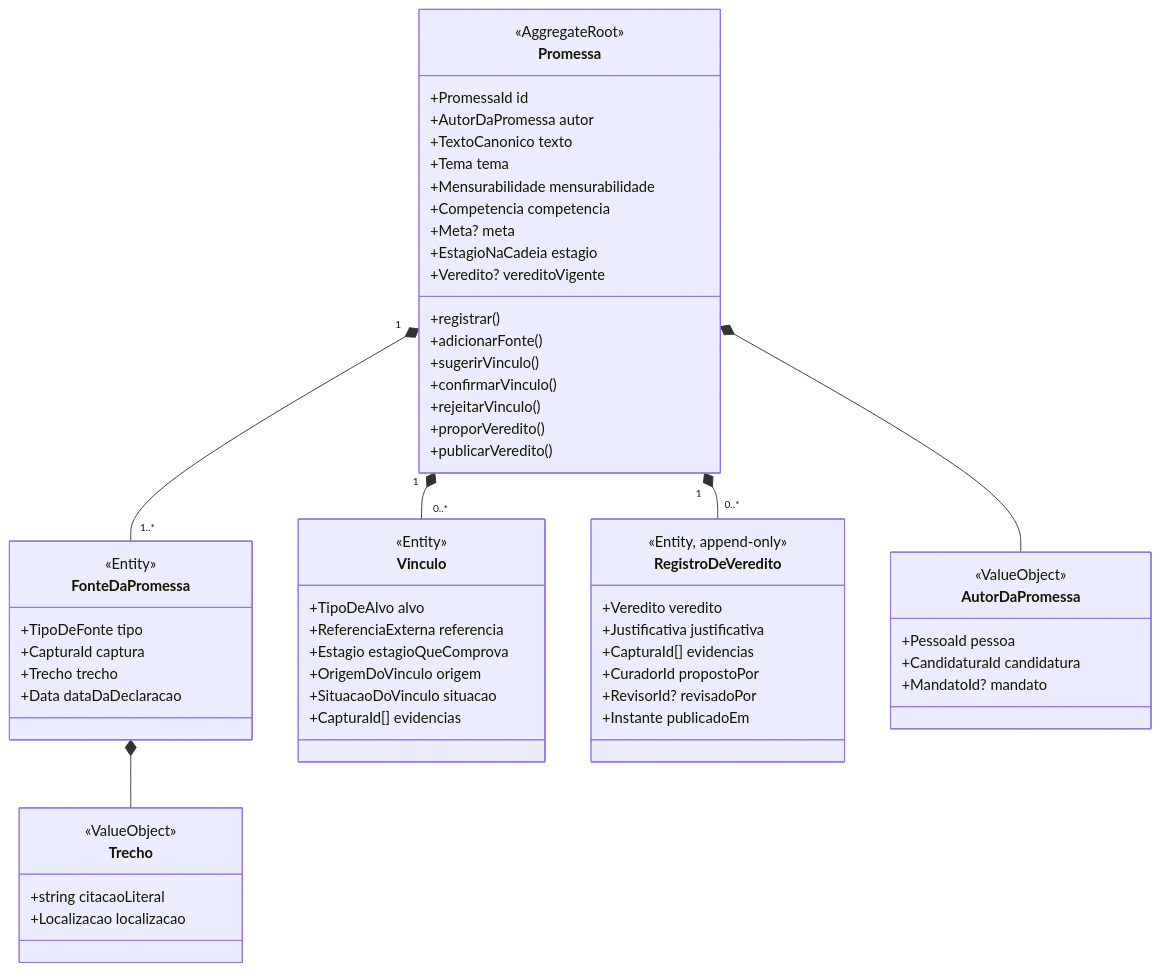
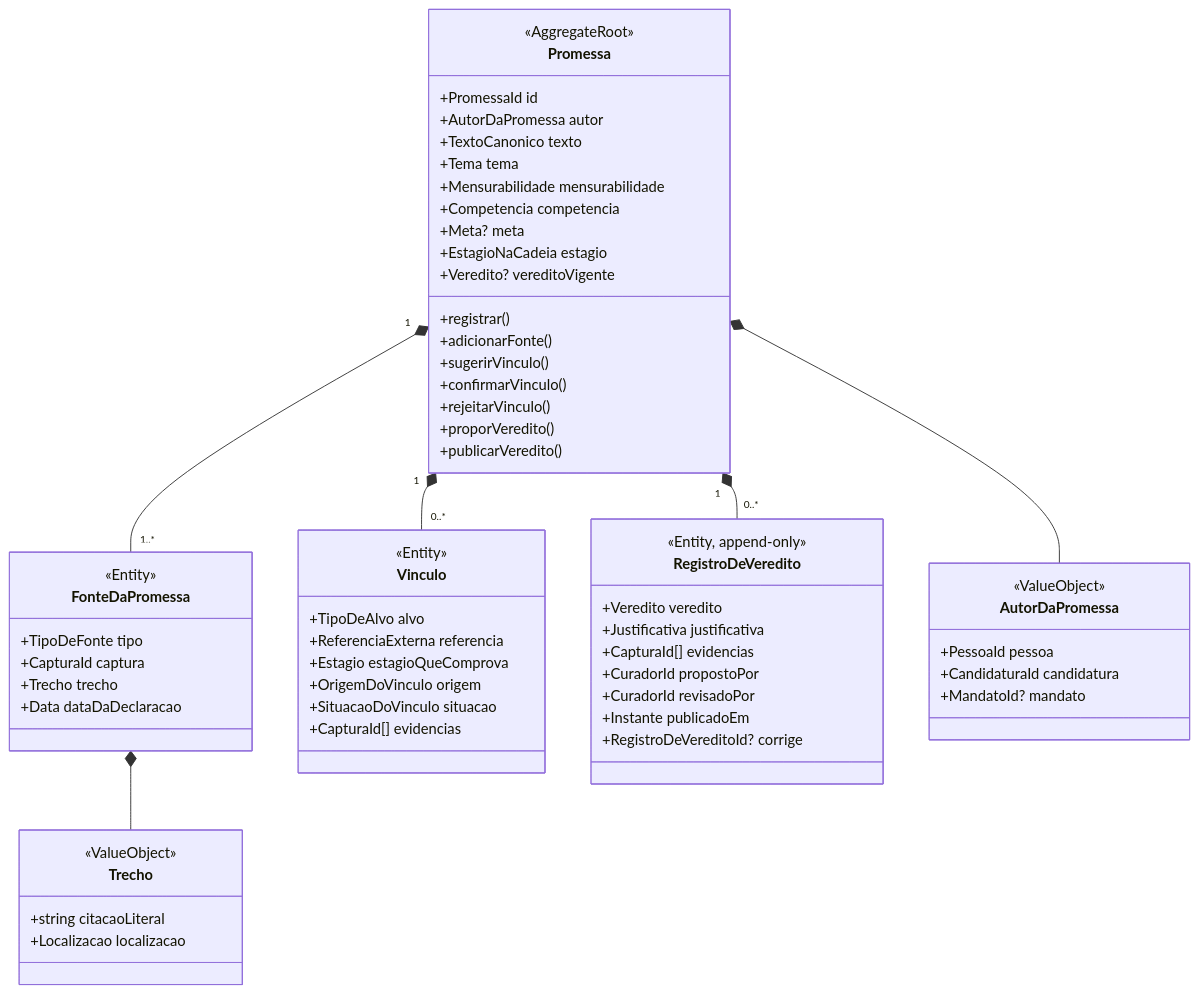
Before and after one commit to bernardev/monitor-goverment: the first of 3 diagrams in docs/dominio/modelo-compromissos.md, drawn with Mermaid. The commit also changed other lines of this file and 35 other files, not shown here.

````diff
--- a/docs/dominio/modelo-compromissos.md
+++ b/docs/dominio/modelo-compromissos.md
@@ -11,63 +11,64 @@
 ```mermaid
 classDiagram
   class Promessa {
     <<AggregateRoot>>
     +PromessaId id
     +AutorDaPromessa autor
     +TextoCanonico texto
     +Tema tema
     +Mensurabilidade mensurabilidade
     +Competencia competencia
     +Meta? meta
     +EstagioNaCadeia estagio
     +Veredito? vereditoVigente
     +registrar()
     +adicionarFonte()
     +sugerirVinculo()
     +confirmarVinculo()
     +rejeitarVinculo()
     +proporVeredito()
     +publicarVeredito()
   }
   class FonteDaPromessa {
     <<Entity>>
     +TipoDeFonte tipo
     +CapturaId captura
     +Trecho trecho
     +Data dataDaDeclaracao
   }
   class Vinculo {
     <<Entity>>
     +TipoDeAlvo alvo
     +ReferenciaExterna referencia
     +Estagio estagioQueComprova
     +OrigemDoVinculo origem
     +SituacaoDoVinculo situacao
     +CapturaId[] evidencias
   }
   class RegistroDeVeredito {
     <<Entity, append-only>>
     +Veredito veredito
     +Justificativa justificativa
     +CapturaId[] evidencias
     +CuradorId propostoPor
-    +RevisorId? revisadoPor
+    +CuradorId revisadoPor
     +Instante publicadoEm
+    +RegistroDeVereditoId? corrige
   }
   class AutorDaPromessa {
     <<ValueObject>>
     +PessoaId pessoa
     +CandidaturaId candidatura
     +MandatoId? mandato
   }
   class Trecho {
     <<ValueObject>>
     +string citacaoLiteral
     +Localizacao localizacao
   }
   Promessa "1" *-- "1..*" FonteDaPromessa
   Promessa "1" *-- "0..*" Vinculo
   Promessa "1" *-- "0..*" RegistroDeVeredito
   Promessa *-- AutorDaPromessa
   FonteDaPromessa *-- Trecho
 ```
````
